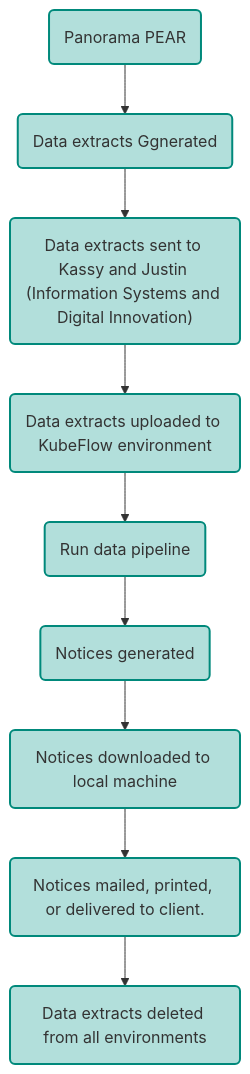
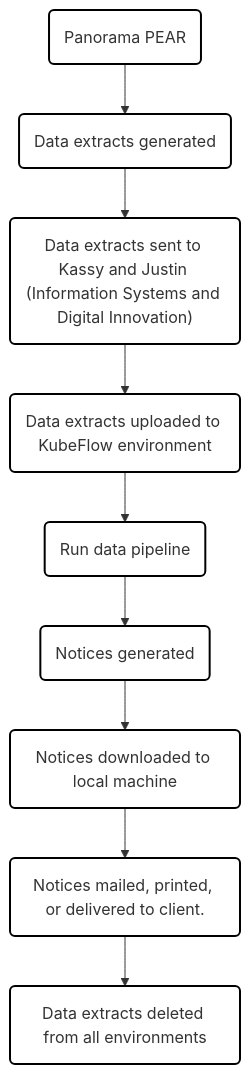
The diagram in README.md (WDGPH/immunization-charts-R), drawn with Mermaid before and after one commit.

Commit message:
Borders redefined Color guides the data stream Chart reads like a map
Changed the colours of the boxes and borders. Also corrected a typo.

````diff
--- a/README.md
+++ b/README.md
@@ -45,19 +45,29 @@
 ```mermaid
 flowchart TD
 %% Nodes
-A("Panorama PEAR"):::green
-B("Data extracts Ggnerated"):::green
-C("Data extracts sent to Kassy and Justin (Information Systems and Digital Innovation)"):::green
-D("Data extracts uploaded to KubeFlow environment"):::green
-E("Run data pipeline"):::green
-F("Notices generated"):::green
-G("Notices downloaded to local machine"):::green
-H("Notices mailed, printed, or delivered to client."):::green
-I("Data extracts deleted from all environments"):::green
+A("Panorama PEAR")
+B("Data extracts generated")
+C("Data extracts sent to Kassy and Justin (Information Systems and Digital Innovation)")
+D("Data extracts uploaded to KubeFlow environment")
+E("Run data pipeline")
+F("Notices generated")
+G("Notices downloaded to local machine")
+H("Notices mailed, printed, or delivered to client.")
+I("Data extracts deleted from all environments")
+
 
 %% Edges
 A --> B --> C --> D --> E --> F --> G --> H --> I 
 
+
 %% Styling
-classDef green fill:#B2DFDB,stroke:#00897B,stroke-width:2px;
+style A stroke:#000000,stroke-width:2px,fill:#ffffff
+style B stroke:#000000,stroke-width:2px,fill:#ffffff
+style C stroke:#000000,stroke-width:2px,fill:#ffffff
+style D stroke:#000000,stroke-width:2px,fill:#ffffff
+style E stroke:#000000,stroke-width:2px,fill:#ffffff
+style F stroke:#000000,stroke-width:2px,fill:#ffffff
+style G stroke:#000000,stroke-width:2px,fill:#ffffff
+style H stroke:#000000,stroke-width:2px,fill:#ffffff
+style I stroke:#000000,stroke-width:2px,fill:#ffffff
 ```
````
